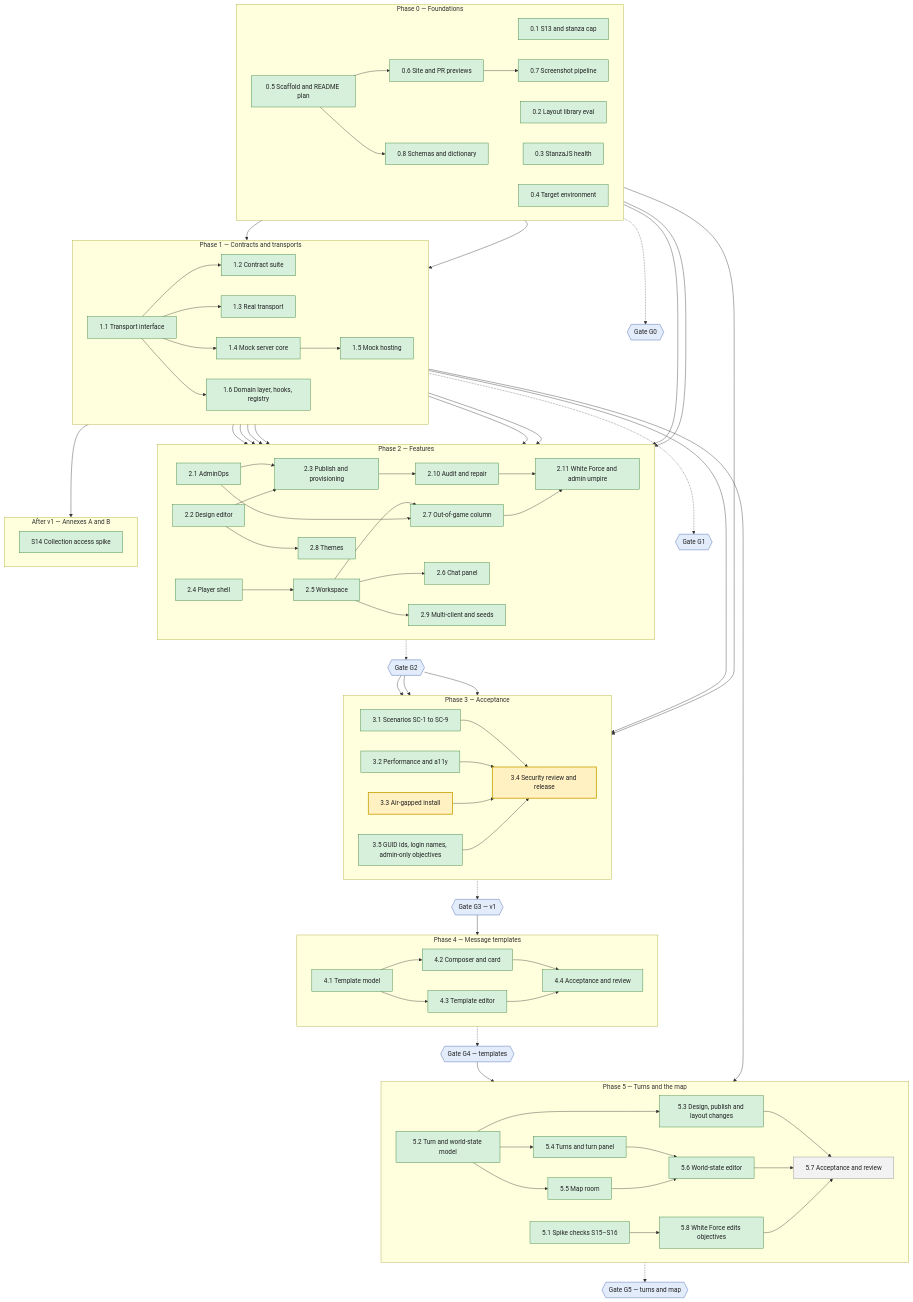
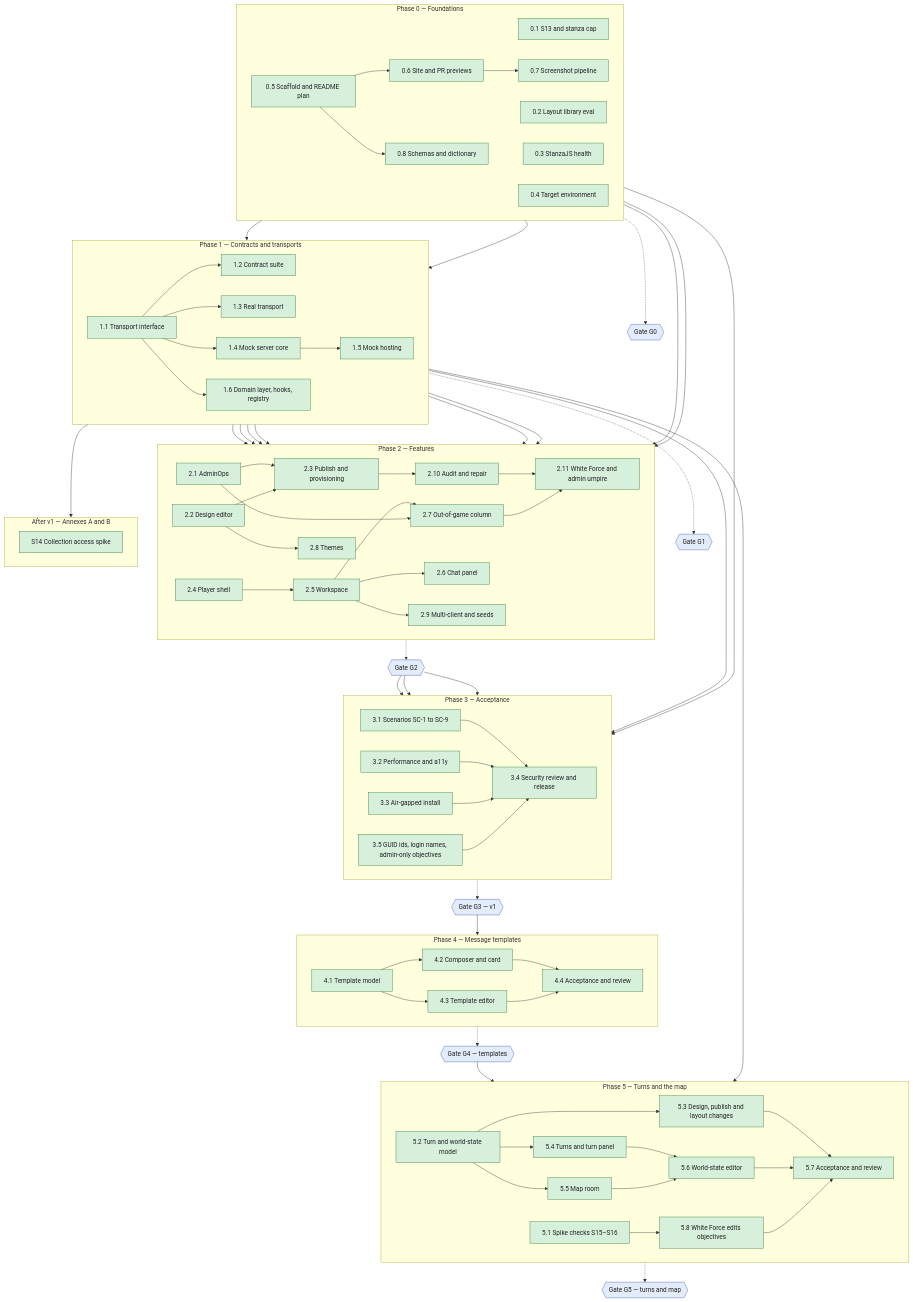
One commit to serge-web/war-rooms-x2 changed the diagram in README.md. Above: the diagram before and after it, drawn with Mermaid. The commit also changed 11 other files, not shown here.

First line of the commit message:
WP 5.7: done; docs, release notes, README chart and the gate G5 post

````diff
--- a/README.md
+++ b/README.md
@@ -118,8 +118,6 @@
     classDef active fill:#fff1c2,stroke:#c9a000,color:#222,stroke-width:2px
     classDef done fill:#d6f0dc,stroke:#2e7d32,color:#222
     classDef gate fill:#e3ecfa,stroke:#3b5bab,color:#222
-    class wp57 todo
-    class wp33,wp34 active
-    class wp01,wp02,wp03,wp04,wp05,wp06,wp07,wp08,wp11,wp12,wp13,wp14,wp15,wp16,wp21,wp22,wp23,wp24,wp25,wp26,wp27,wp28,wp29,wp210,wp211,wp31,wp32,wp35,wps14,wp41,wp42,wp43,wp44,wp51,wp58,wp52,wp54,wp53,wp55,wp56 done
+    class wp01,wp02,wp03,wp04,wp05,wp06,wp07,wp08,wp11,wp12,wp13,wp14,wp15,wp16,wp21,wp22,wp23,wp24,wp25,wp26,wp27,wp28,wp29,wp210,wp211,wp31,wp32,wp35,wps14,wp41,wp42,wp43,wp44,wp51,wp58,wp52,wp54,wp53,wp55,wp56,wp33,wp34,wp57 done
     class G0,G1,G2,G3,G4,G5 gate
 ```
````
